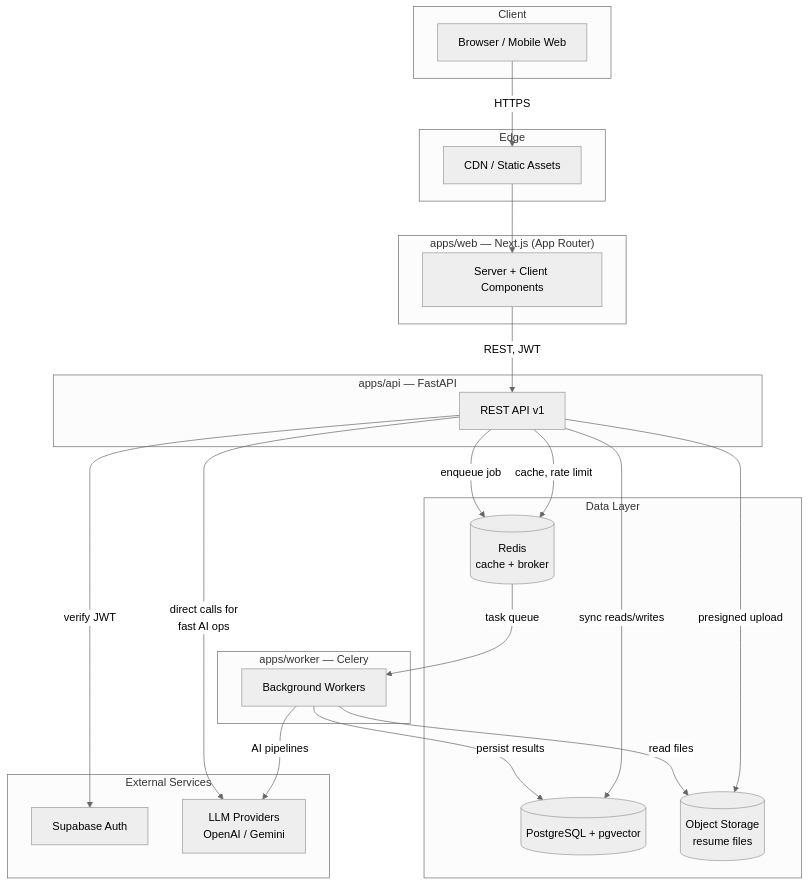
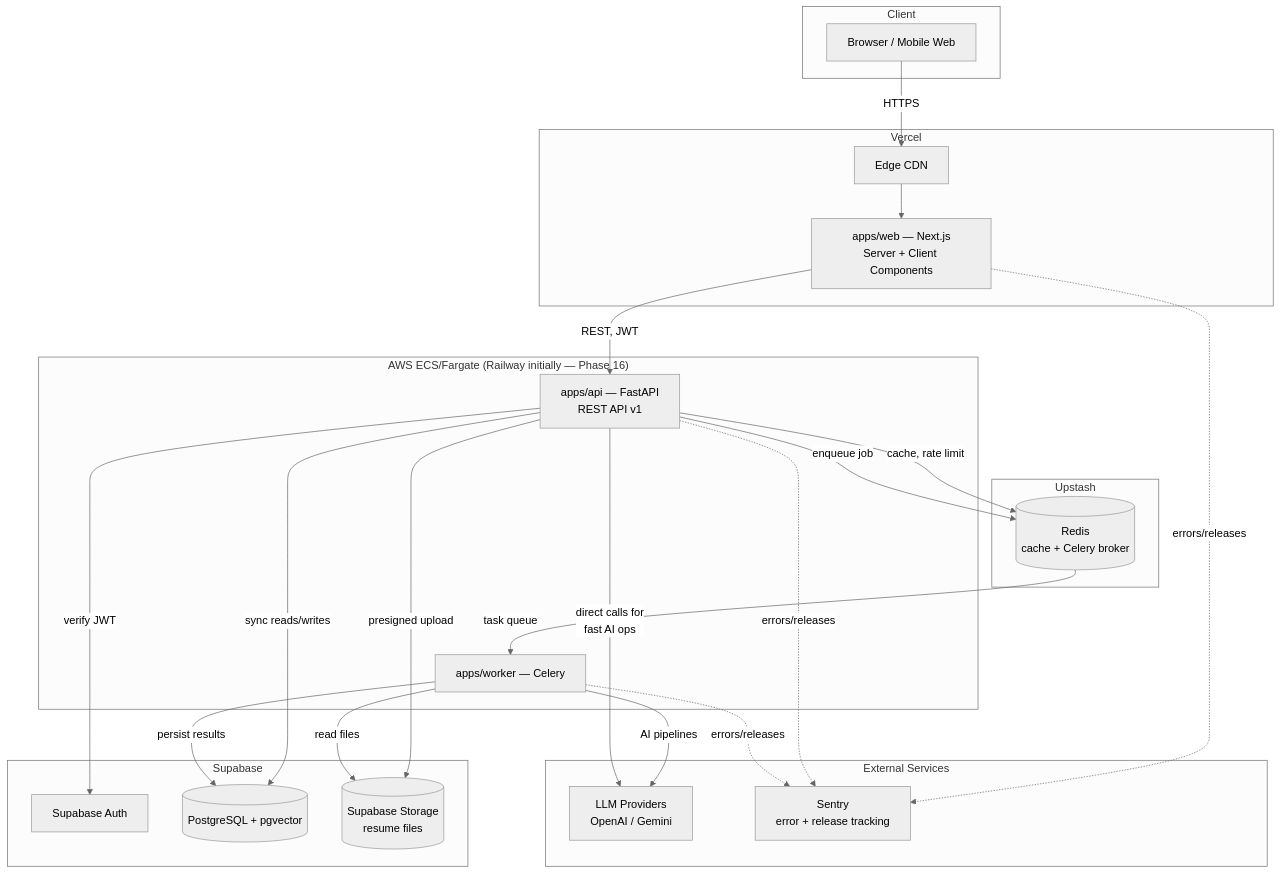
Before and after one commit to ArhamMinhas/CareerAI: the first of 5 diagrams in docs/ARCHITECTURE.md, drawn with Mermaid (neutral theme). The commit also changed other lines of this file and 7 other files, not shown here.

````diff
--- a/docs/ARCHITECTURE.md
+++ b/docs/ARCHITECTURE.md
@@ -29,46 +29,47 @@
 ```mermaid
 flowchart TB
     subgraph Client
         Browser["Browser / Mobile Web"]
     end
 
-    subgraph Edge
-        CDN["CDN / Static Assets"]
+    subgraph Vercel["Vercel"]
+        CDN["Edge CDN"]
+        WebApp["apps/web — Next.js\nServer + Client Components"]
     end
 
-    subgraph Frontend["apps/web — Next.js (App Router)"]
-        WebApp["Server + Client Components"]
+    subgraph Backend["AWS ECS/Fargate (Railway initially — Phase 16)"]
+        API["apps/api — FastAPI\nREST API v1"]
+        Worker["apps/worker — Celery"]
     end
 
-    subgraph Backend["apps/api — FastAPI"]
-        API["REST API v1"]
+    subgraph Supabase["Supabase"]
+        Auth["Supabase Auth"]
+        PG[("PostgreSQL + pgvector")]
+        Storage[("Supabase Storage\nresume files")]
     end
 
-    subgraph Async["apps/worker — Celery"]
-        Worker["Background Workers"]
-    end
-
-    subgraph Data["Data Layer"]
-        PG[("PostgreSQL + pgvector")]
-        Redis[("Redis\ncache + broker")]
-        Storage[("Object Storage\nresume files")]
+    subgraph Upstash["Upstash"]
+        Redis[("Redis\ncache + Celery broker")]
     end
 
     subgraph External["External Services"]
-        Auth["Supabase Auth"]
         LLM["LLM Providers\nOpenAI / Gemini"]
+        Sentry["Sentry\nerror + release tracking"]
     end
 
     Browser -->|HTTPS| CDN --> WebApp
     WebApp -->|REST, JWT| API
     API -->|verify JWT| Auth
     API -->|sync reads/writes| PG
     API -->|cache, rate limit| Redis
     API -->|enqueue job| Redis
     API -->|presigned upload| Storage
     Redis -->|task queue| Worker
     Worker -->|AI pipelines| LLM
     Worker -->|persist results| PG
     Worker -->|read files| Storage
     API -->|direct calls for\nfast AI ops| LLM
+    WebApp -.->|errors/releases| Sentry
+    API -.->|errors/releases| Sentry
+    Worker -.->|errors/releases| Sentry
 ```
````
